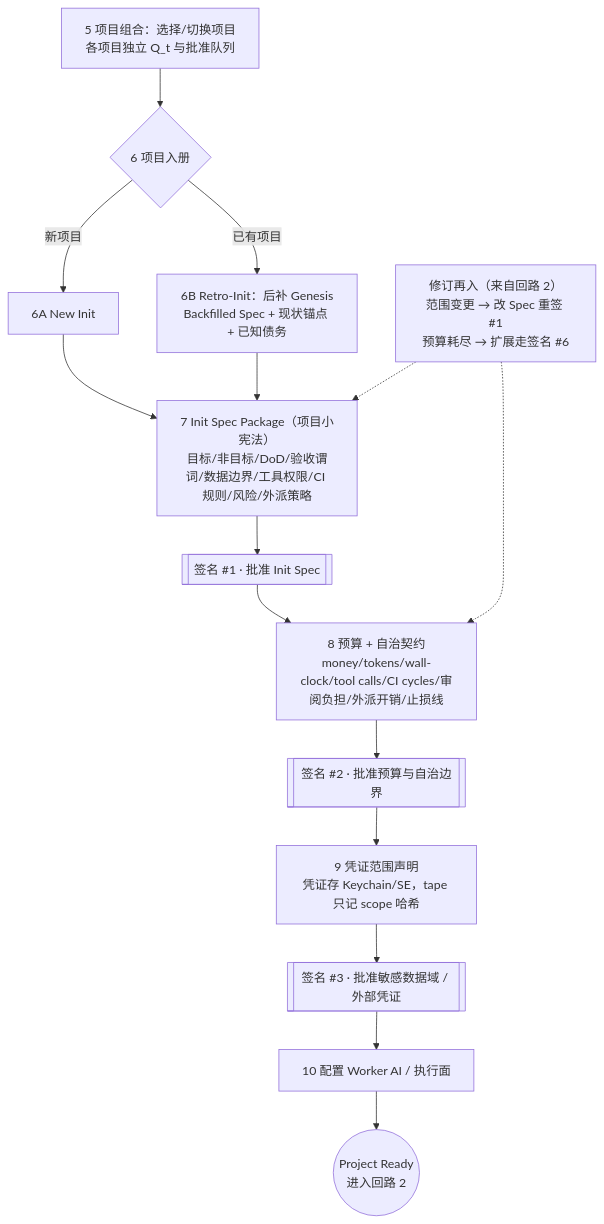
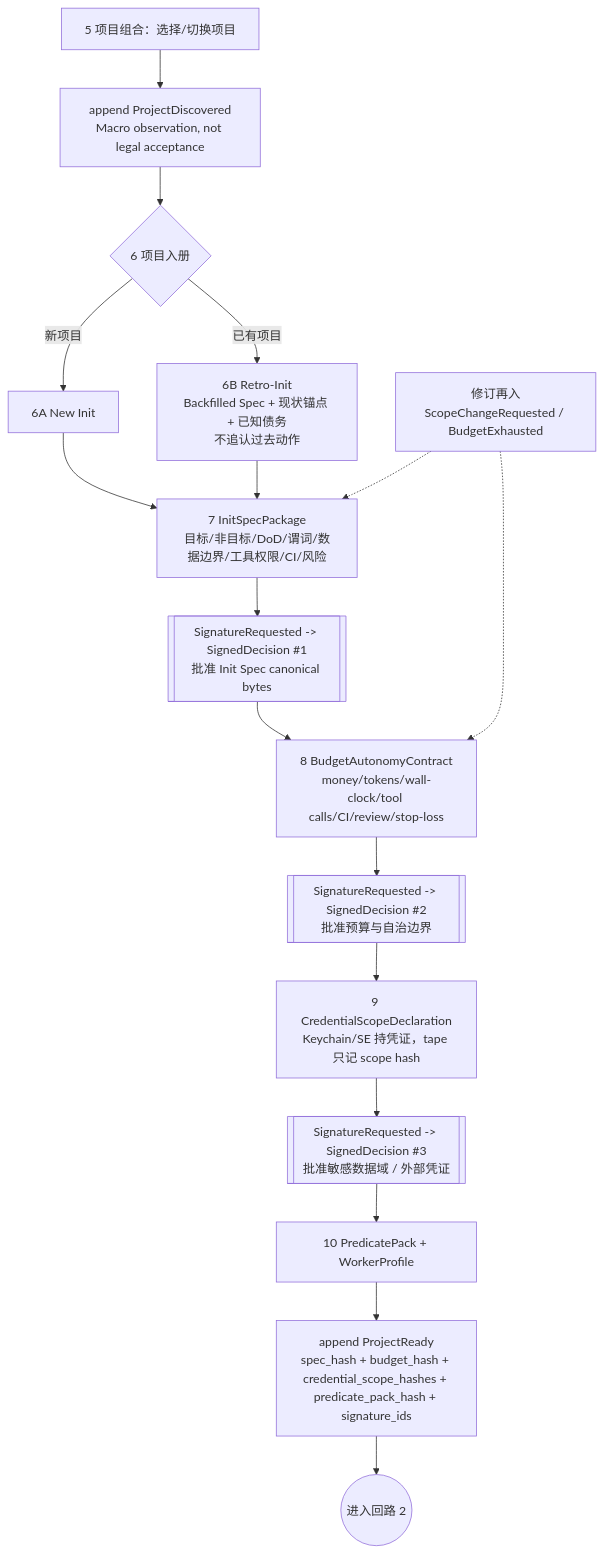
The third of 6 diagrams in WHITEPAPER.md (gretjia/turingos.app), drawn with Mermaid before and after one commit. The commit also changed other lines of this file and 3 other files, not shown here.

Commit message:
C1_09 adopt whitepaper v0.6 charter

````diff
--- a/WHITEPAPER.md
+++ b/WHITEPAPER.md
@@ -384,17 +363,19 @@
 ```mermaid
 flowchart TD
-    SEL["5 项目组合：选择/切换项目<br>各项目独立 Q_t 与批准队列"] --> E{"6 项目入册"}
+    SEL["5 项目组合：选择/切换项目"] --> DISC["append ProjectDiscovered<br>Macro observation, not legal acceptance"]
+    DISC --> E{"6 项目入册"}
     E -->|"新项目"| E1["6A New Init"]
-    E -->|"已有项目"| E2["6B Retro-Init：后补 Genesis<br>Backfilled Spec + 现状锚点 + 已知债务"]
-    E1 --> F["7 Init Spec Package（项目小宪法）<br>目标/非目标/DoD/验收谓词/数据边界/工具权限/CI 规则/风险/外派策略"]
+    E -->|"已有项目"| E2["6B Retro-Init<br>Backfilled Spec + 现状锚点 + 已知债务<br>不追认过去动作"]
+    E1 --> F["7 InitSpecPackage<br>目标/非目标/DoD/谓词/数据边界/工具权限/CI/风险"]
     E2 --> F
-    F --> H1[["签名 #1 · 批准 Init Spec"]]
-    H1 --> G["8 预算 + 自治契约<br>money/tokens/wall-clock/tool calls/CI cycles/审阅负担/外派开销/止损线"]
-    G --> H2[["签名 #2 · 批准预算与自治边界"]]
-    H2 --> CRED["9 凭证范围声明<br>凭证存 Keychain/SE，tape 只记 scope 哈希"]
-    CRED --> H3[["签名 #3 · 批准敏感数据域 / 外部凭证"]]
-    H3 --> I["10 配置 Worker AI / 执行面"]
-    I --> READY(("Project Ready<br>进入回路 2"))
-    AMEND["修订再入（来自回路 2）<br>范围变更 → 改 Spec 重签 #1<br>预算耗尽 → 扩展走签名 #6"] -.-> F
+    F --> H1[["SignatureRequested -> SignedDecision #1<br>批准 Init Spec canonical bytes"]]
+    H1 --> G["8 BudgetAutonomyContract<br>money/tokens/wall-clock/tool calls/CI/review/stop-loss"]
+    G --> H2[["SignatureRequested -> SignedDecision #2<br>批准预算与自治边界"]]
+    H2 --> CRED["9 CredentialScopeDeclaration<br>Keychain/SE 持凭证，tape 只记 scope hash"]
+    CRED --> H3[["SignatureRequested -> SignedDecision #3<br>批准敏感数据域 / 外部凭证"]]
+    H3 --> PACK["10 PredicatePack + WorkerProfile"]
+    PACK --> READY["append ProjectReady<br>spec_hash + budget_hash + credential_scope_hashes + predicate_pack_hash + signature_ids"]
+    READY --> EXEC(("进入回路 2"))
+    AMEND["修订再入<br>ScopeChangeRequested / BudgetExhausted"] -.-> F
     AMEND -.-> G
 ```
````
